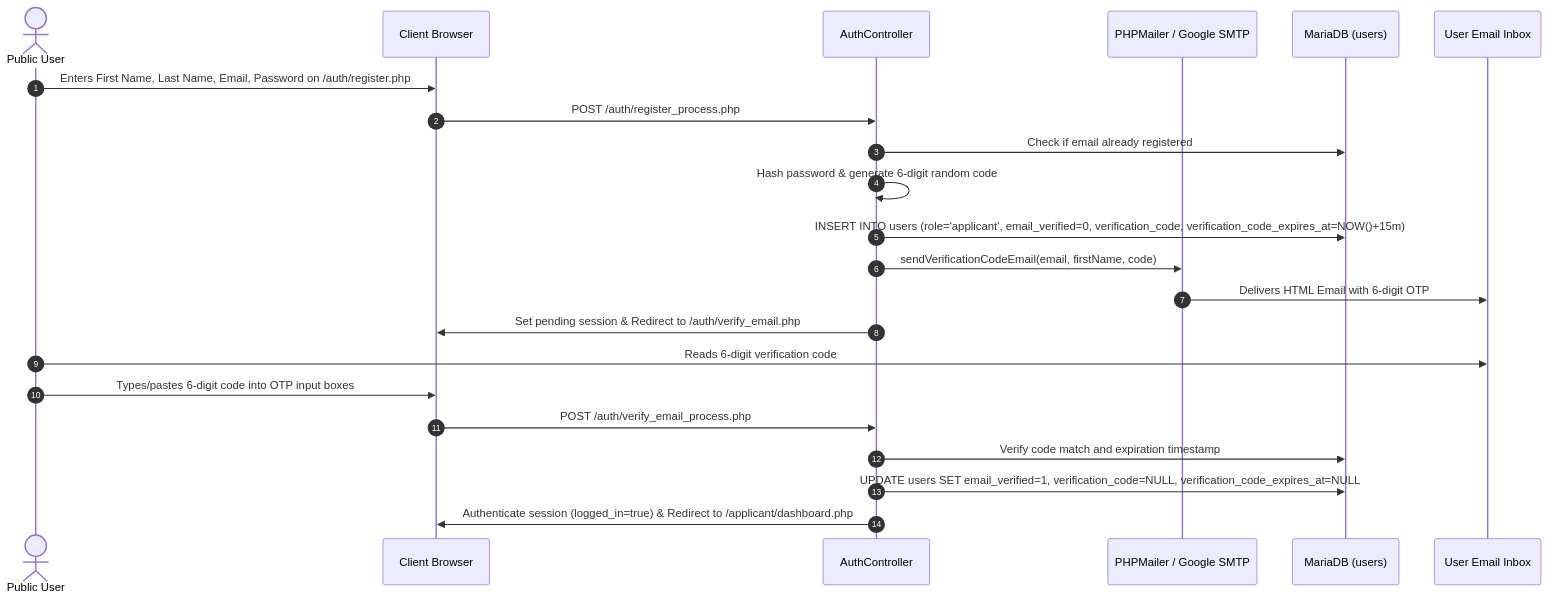
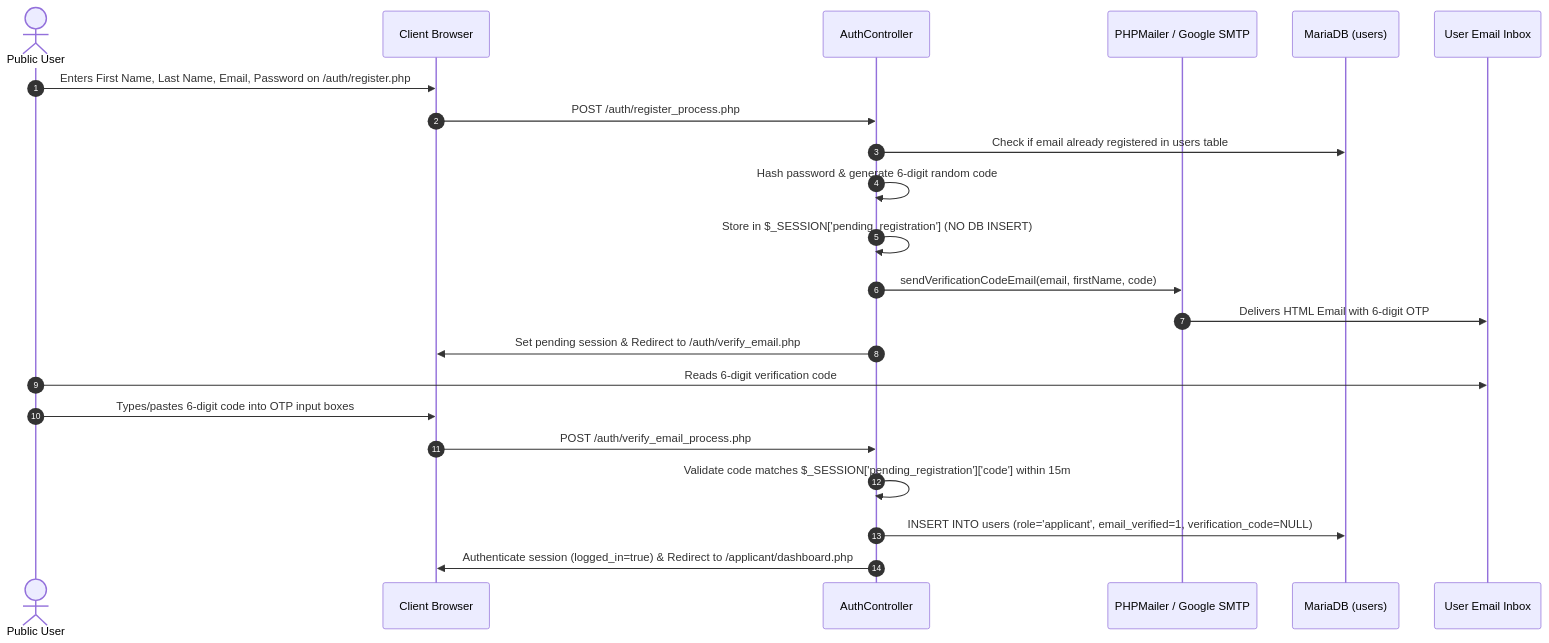
One commit to enujdanielle6-web/TTU_enrollment_system changed the diagram in docs/obsidian/03 - Workflows/Applicant Registration Workflow.md. Above: the diagram before and after it, drawn with Mermaid. The commit also changed other lines of this file and 8 other files, not shown here.

Commit message:
docs(obsidian): document NSTP architecture, landing card editor, deferred OTP registration, and submission preferences

````diff
--- a/docs/obsidian/03 - Workflows/Applicant Registration Workflow.md
+++ b/docs/obsidian/03 - Workflows/Applicant Registration Workflow.md
@@ -9,25 +12,25 @@
 ```mermaid
 sequenceDiagram
     autonumber
     actor User as Public User
     participant Browser as Client Browser
     participant Auth as AuthController
     participant Mailer as PHPMailer / Google SMTP
     participant DB as MariaDB (users)
     participant Inbox as User Email Inbox
 
     User->>Browser: Enters First Name, Last Name, Email, Password on /auth/register.php
     Browser->>Auth: POST /auth/register_process.php
-    Auth->>DB: Check if email already registered
+    Auth->>DB: Check if email already registered in users table
     Auth->>Auth: Hash password & generate 6-digit random code
-    Auth->>DB: INSERT INTO users (role='applicant', email_verified=0, verification_code, verification_code_expires_at=NOW()+15m)
+    Auth->>Auth: Store in $_SESSION['pending_registration'] (NO DB INSERT)
     Auth->>Mailer: sendVerificationCodeEmail(email, firstName, code)
     Mailer->>Inbox: Delivers HTML Email with 6-digit OTP
     Auth->>Browser: Set pending session & Redirect to /auth/verify_email.php
     User->>Inbox: Reads 6-digit verification code
     User->>Browser: Types/pastes 6-digit code into OTP input boxes
     Browser->>Auth: POST /auth/verify_email_process.php
-    Auth->>DB: Verify code match and expiration timestamp
-    Auth->>DB: UPDATE users SET email_verified=1, verification_code=NULL, verification_code_expires_at=NULL
+    Auth->>Auth: Validate code matches $_SESSION['pending_registration']['code'] within 15m
+    Auth->>DB: INSERT INTO users (role='applicant', email_verified=1, verification_code=NULL)
     Auth->>Browser: Authenticate session (logged_in=true) & Redirect to /applicant/dashboard.php
 ```
````
